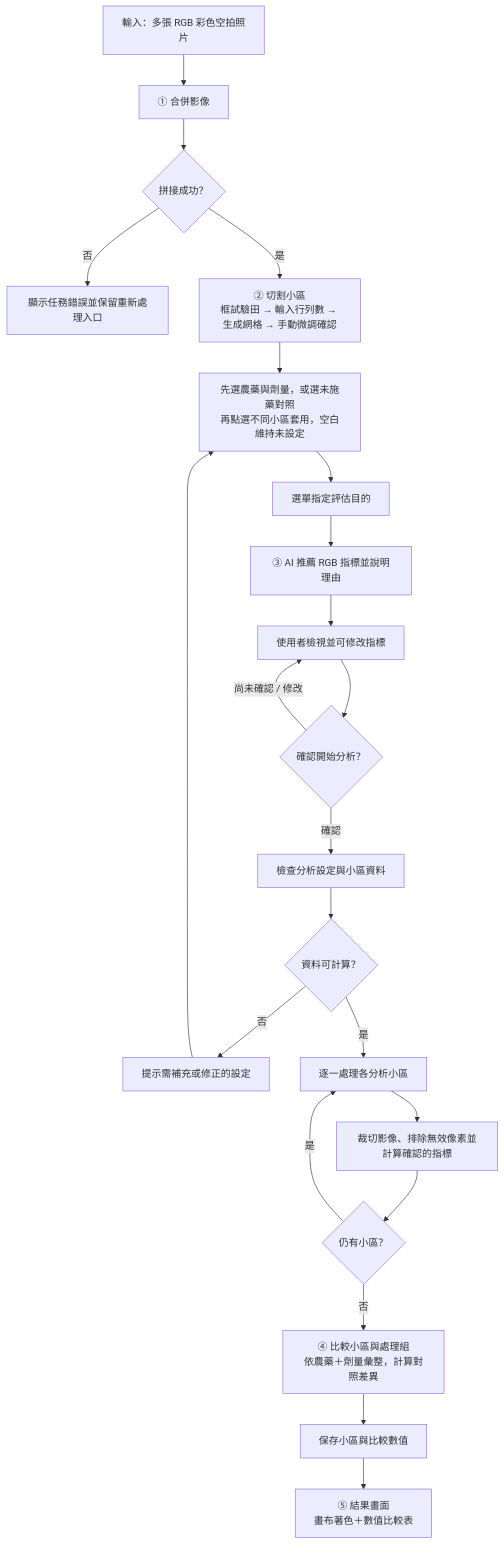
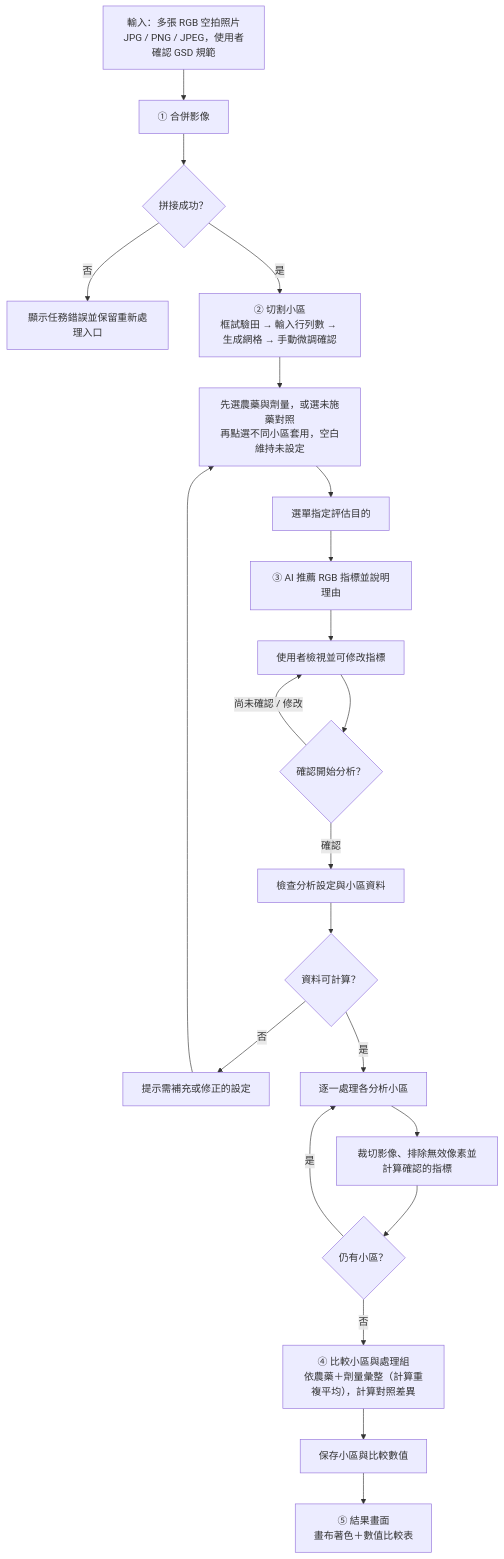
Before and after one commit to ChengLiangHsu/AI-InfoSec-Fianl-Project: the second of 2 diagrams in docs/proposal/05_proposed_scheme.md, drawn with Mermaid. The commit also changed other lines of this file and 4 other files, not shown here.

````diff
--- a/docs/proposal/05_proposed_scheme.md
+++ b/docs/proposal/05_proposed_scheme.md
@@ -78,24 +80,24 @@
 ```mermaid
 flowchart TD
-    INPUT["輸入：多張 RGB 彩色空拍照片"] --> S1["① 合併影像"]
+    INPUT["輸入：多張 RGB 空拍照片<br/>JPG / PNG / JPEG，使用者確認 GSD 規範"] --> S1["① 合併影像"]
     S1 --> READY{"拼接成功？"}
     READY -- 否 --> ERROR["顯示任務錯誤並保留重新處理入口"]
     READY -- 是 --> S2["② 切割小區<br/>框試驗田 → 輸入行列數 → 生成網格 → 手動微調確認"]
     S2 --> ASSIGN["先選農藥與劑量，或選未施藥對照<br/>再點選不同小區套用，空白維持未設定"]
     ASSIGN --> PURPOSE["選單指定評估目的"]
     PURPOSE --> S3["③ AI 推薦 RGB 指標並說明理由"]
     S3 --> EDIT["使用者檢視並可修改指標"]
     EDIT --> CONFIRM{"確認開始分析？"}
     CONFIRM -- 尚未確認 / 修改 --> EDIT
     CONFIRM -- 確認 --> CHECK["檢查分析設定與小區資料"]
     CHECK --> VALID{"資料可計算？"}
     VALID -- 否 --> FIX["提示需補充或修正的設定"]
     FIX --> ASSIGN
     VALID -- 是 --> EACH["逐一處理各分析小區"]
     EACH --> METRICS["裁切影像、排除無效像素並計算確認的指標"]
     METRICS --> MORE{"仍有小區？"}
     MORE -- 是 --> EACH
-    MORE -- 否 --> COMPARE["④ 比較小區與處理組<br/>依農藥＋劑量彙整，計算對照差異"]
+    MORE -- 否 --> COMPARE["④ 比較小區與處理組<br/>依農藥＋劑量彙整（計算重複平均），計算對照差異"]
     COMPARE --> SAVE["保存小區與比較數值"]
     SAVE --> VIEW["⑤ 結果畫面<br/>畫布著色＋數值比較表"]
 ```
````
